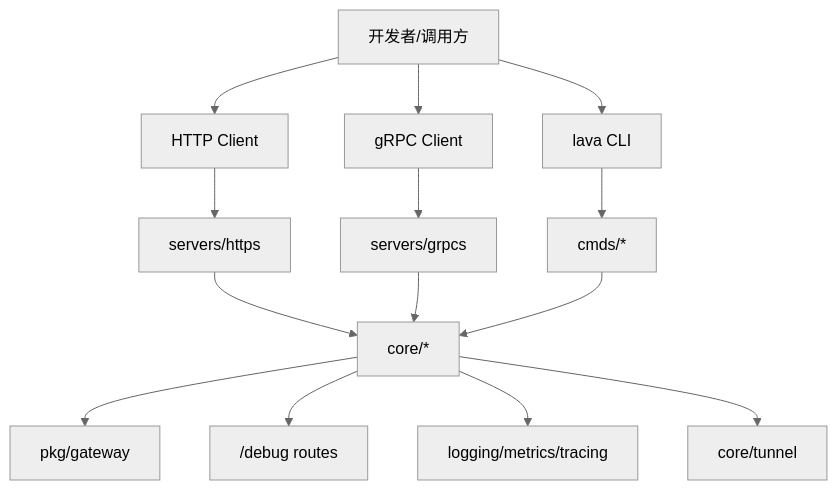
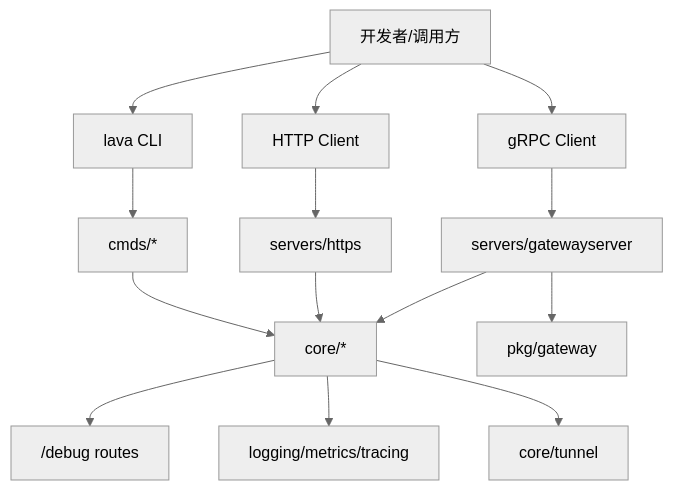
The diagram in README.md (pubgo/lava), drawn with Mermaid (neutral theme) before and after one commit. The commit also changed 10 other files, not shown here.

First line of the commit message:
Update architecture and documentation to reflect gatewayserver changes

````diff
--- a/README.md
+++ b/README.md
@@ -57,19 +57,19 @@
 ```mermaid
 flowchart TD
 		U[开发者/调用方] --> CLI[lava CLI]
 		U --> HTTP[HTTP Client]
 		U --> GRPC[gRPC Client]
 
 		CLI --> CMDS[cmds/*]
 		HTTP --> SHTTP[servers/https]
-		GRPC --> SGRPC[servers/grpcs]
+		GRPC --> SGWS[servers/gatewayserver]
 
 		SHTTP --> CORE[core/*]
-		SGRPC --> CORE
+		SGWS --> CORE
+		SGWS --> GW[pkg/gateway]
 		CMDS --> CORE
 
-		CORE --> GW[pkg/gateway]
 		CORE --> DEBUG["/debug routes"]
 		CORE --> OBS[logging/metrics/tracing]
 		CORE --> TUNNEL[core/tunnel]
 ```
````
